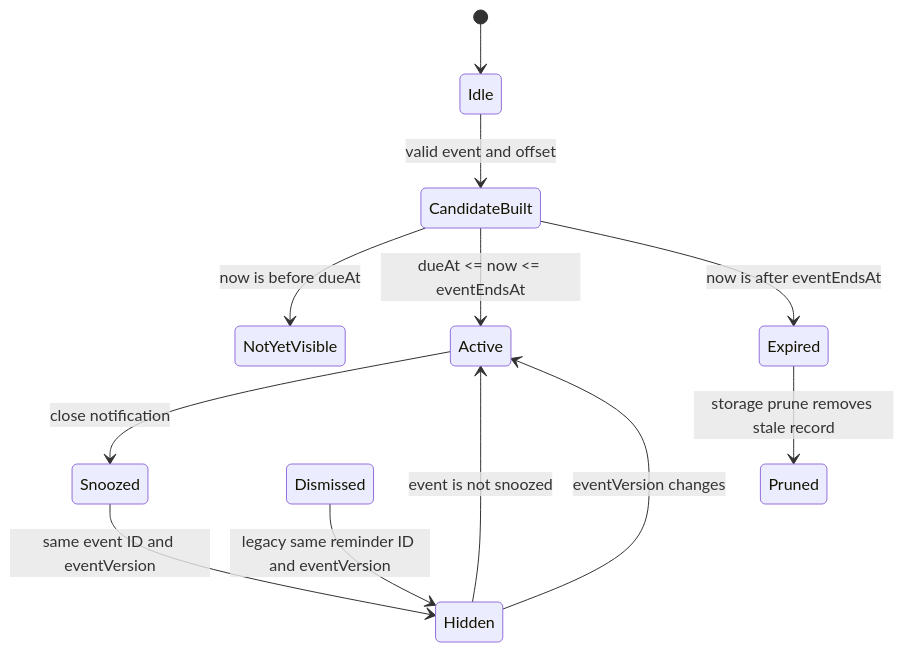
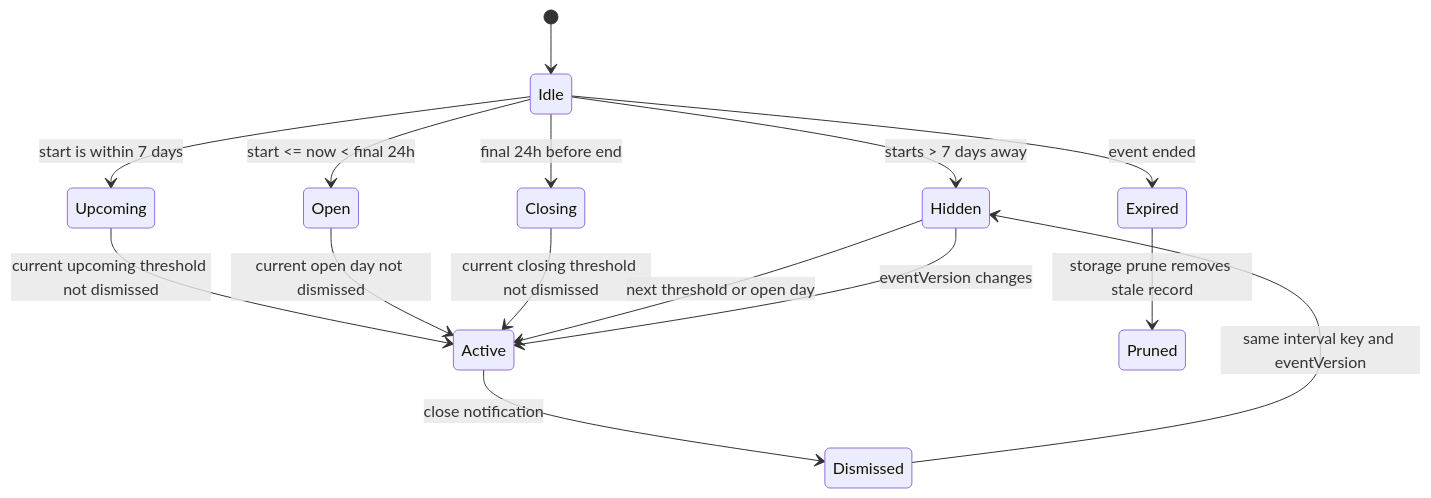
One commit to lester-td/SUSSplanner changed diagram 12 of 18 in docs/DeveloperGuide.md. Above: the diagram before and after it, drawn with Mermaid. The commit also changed other lines of this file and 1 other file, not shown here.

````diff
--- a/docs/DeveloperGuide.md
+++ b/docs/DeveloperGuide.md
@@ -1063,14 +1078,17 @@
 ```mermaid
 stateDiagram-v2
     [*] --> Idle
-    Idle --> CandidateBuilt: valid event and offset
-    CandidateBuilt --> NotYetVisible: now is before dueAt
-    CandidateBuilt --> Active: dueAt <= now <= eventEndsAt
-    CandidateBuilt --> Expired: now is after eventEndsAt
-    Active --> Snoozed: close notification
-    Dismissed --> Hidden: legacy same reminder ID and eventVersion
-    Snoozed --> Hidden: same event ID and eventVersion
-    Hidden --> Active: event is not snoozed
+    Idle --> Expired: event ended
+    Idle --> Hidden: starts > 7 days away
+    Idle --> Upcoming: start is within 7 days
+    Idle --> Open: start <= now < final 24h
+    Idle --> Closing: final 24h before end
+    Upcoming --> Active: current upcoming threshold not dismissed
+    Open --> Active: current open day not dismissed
+    Closing --> Active: current closing threshold not dismissed
+    Active --> Dismissed: close notification
+    Dismissed --> Hidden: same interval key and eventVersion
+    Hidden --> Active: next threshold or open day
     Hidden --> Active: eventVersion changes
     Expired --> Pruned: storage prune removes stale record
 ```
````
